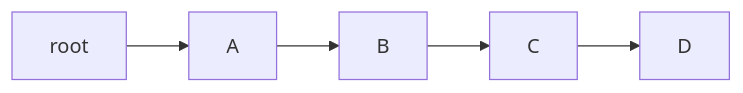
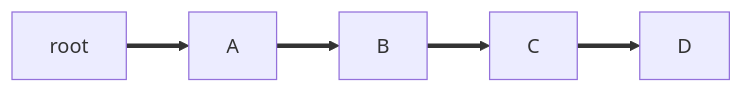
Before and after one commit to vedph/gve-doc: the second of 16 diagrams in model/export-tree.md, drawn with Mermaid. The commit also changed other lines of this file, not shown here.

````diff
--- a/model/export-tree.md
+++ b/model/export-tree.md
@@ -48,8 +48,8 @@
 ```mermaid
 graph LR;
 
-root --> A
-A --> B
-B --> C
-C --> D
+root ==> A
+A ==> B
+B ==> C
+C ==> D
 ```
````
